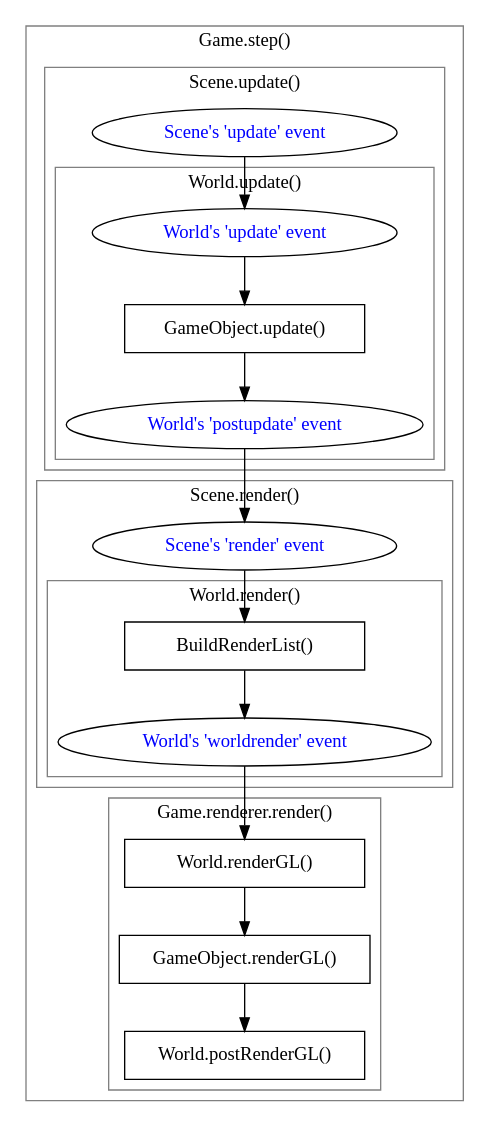
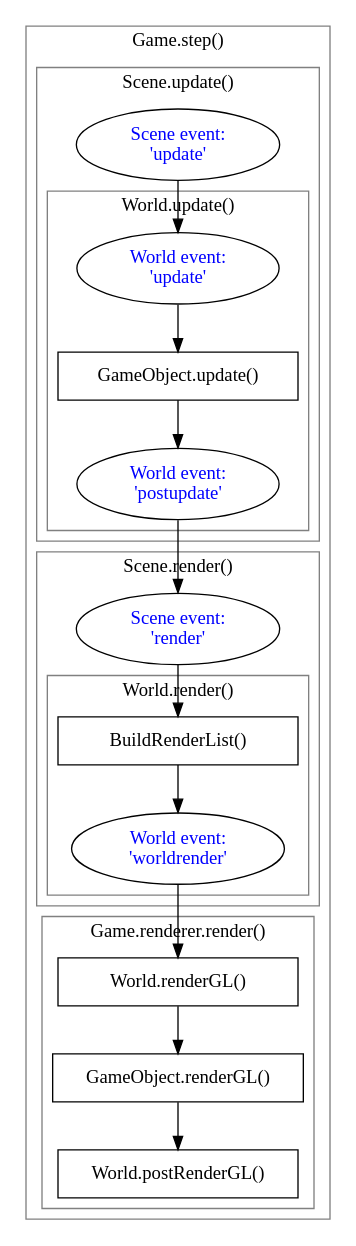
The diagram in doc/source/system/update-loop.dot (rexrainbow/phaser4-rex-plugins), drawn with Graphviz before and after one commit. The commit also changed 5 other files, not shown here.

Commit message:
Update diagram

```diff
--- a/doc/source/system/update-loop.dot
+++ b/doc/source/system/update-loop.dot
@@ -1,58 +1,58 @@
 digraph UpdateLoop {
     graph [rankdir=TD]
     
     subgraph cluster_gamestep {
         label="Game.step()"
         color="gray"
     
         subgraph cluster_sceneupdate {
             label="Scene.update()"
             color="gray"
                 
-            SceneUpdateEvent[label="Scene's 'update' event",fontcolor="blue"]
+            SceneUpdateEvent[label="Scene event:\n'update'",fontcolor="blue"]
         
             subgraph cluster_worldupdate {
                 label="World.update()"
                 color="gray"
             
-                WorldUpdateEvent[label="World's 'update' event",fontcolor="blue"]
+                WorldUpdateEvent[label="World event:\n'update'",fontcolor="blue"]
                 GameObjectUpdate[label="GameObject.update()",shape="rectangle",width=2.5]
-                WorldPostUpdateEvent[label="World's 'postupdate' event",fontcolor="blue"]
+                WorldPostUpdateEvent[label="World event:\n'postupdate'",fontcolor="blue"]
             }
         }
     
         subgraph cluster_scenerender {
             label="Scene.render()"
             color="gray"
             
-            SceneRenderEvent[label="Scene's 'render' event",fontcolor="blue"]
+            SceneRenderEvent[label="Scene event:\n'render'",fontcolor="blue"]
             
             subgraph cluster_worldrender {
                 label="World.render()"
                 color="gray"
                 
                 BuildRenderList[label="BuildRenderList()",shape="rectangle",width=2.5]
-                WorldRenderEvent[label="World's 'worldrender' event",fontcolor="blue"]
+                WorldRenderEvent[label="World event:\n'worldrender'",fontcolor="blue"]
                 
             }
         }
     
         subgraph cluster_gamerendererrender {
             label="Game.renderer.render()"
             color="gray"
             
             WorldRender[label="World.renderGL()",shape="rectangle",width=2.5]
             GameObjectRender[label="GameObject.renderGL()",shape="rectangle",width=2.5]
             WorldPostRender[label="World.postRenderGL()",shape="rectangle",width=2.5]
         }
     }
     
     
     SceneUpdateEvent -> WorldUpdateEvent
     WorldUpdateEvent -> GameObjectUpdate -> WorldPostUpdateEvent
     
     WorldPostUpdateEvent -> SceneRenderEvent -> BuildRenderList -> WorldRenderEvent
     
     WorldRenderEvent -> WorldRender -> GameObjectRender -> WorldPostRender
 
 }
```
